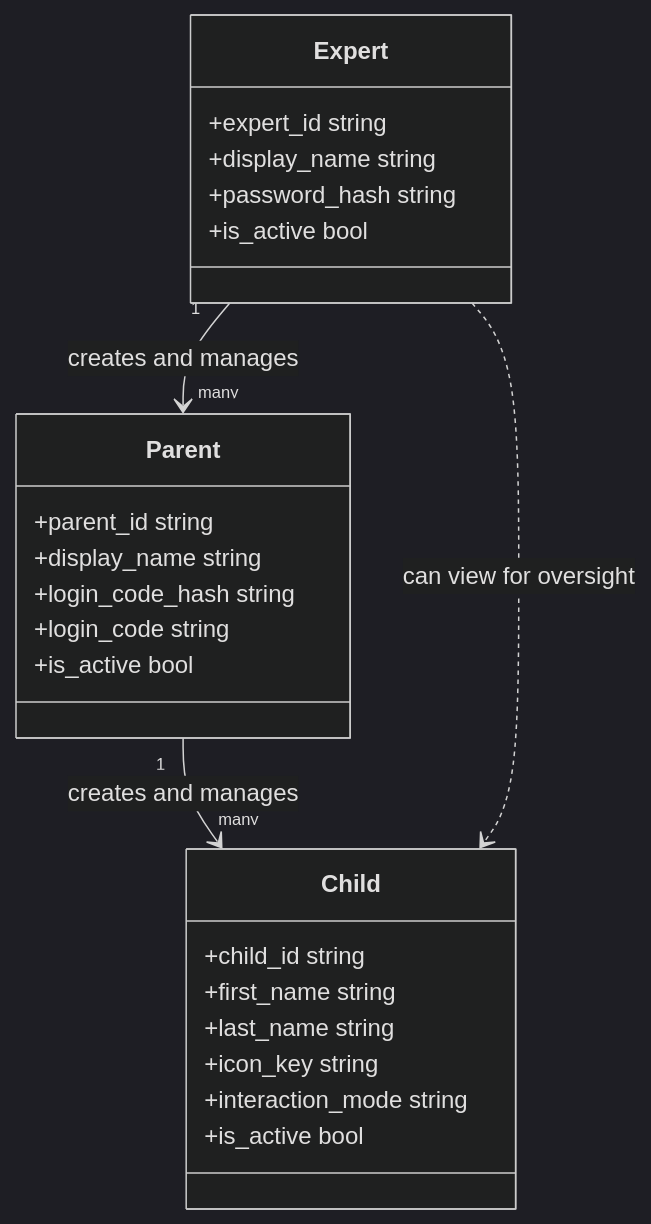
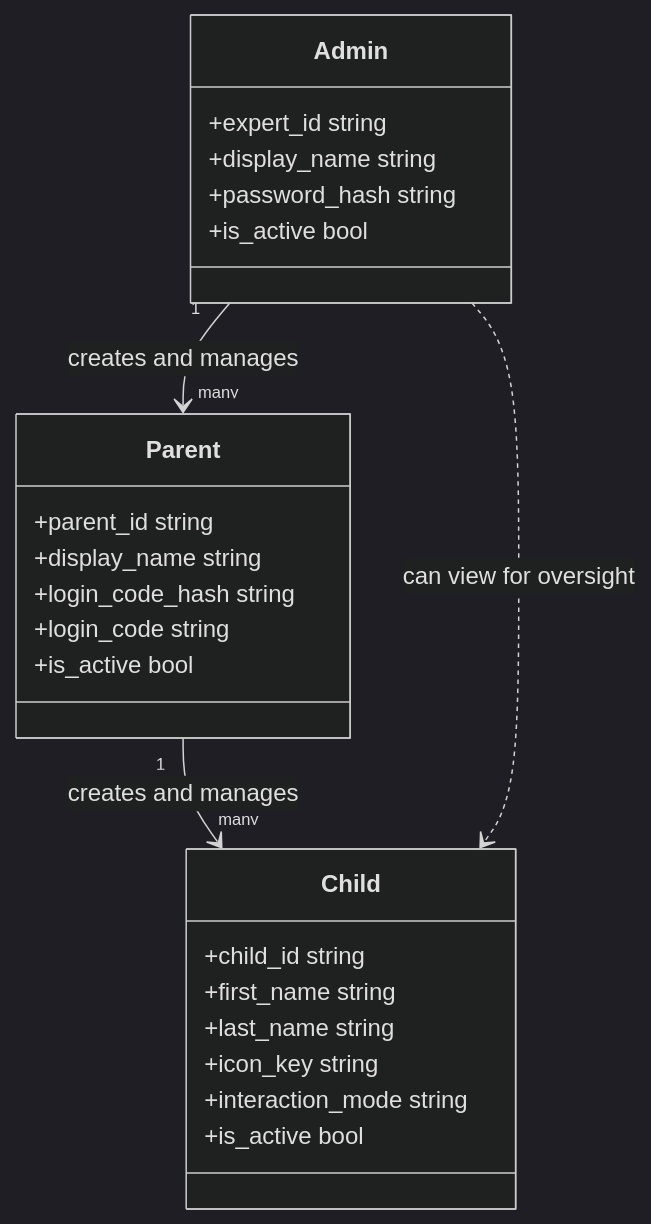
One commit to Capstone-Projects-2026-spring/project-piggyback-learning-piggyback-1 changed the first of 3 diagrams in documentation/docs/system-architecture/class-diagrams.md. Above: the diagram before and after it, drawn with Mermaid (dark theme). The commit also changed other lines of this file and 4 other files, not shown here.

````diff
--- a/documentation/docs/system-architecture/class-diagrams.md
+++ b/documentation/docs/system-architecture/class-diagrams.md
@@ -11,28 +11,28 @@
 ```mermaid
 classDiagram
-    class Expert {
+    class Admin {
         +expert_id string
         +display_name string
         +password_hash string
         +is_active bool
     }
     class Parent {
         +parent_id string
         +display_name string
         +login_code_hash string
         +login_code string
         +is_active bool
     }
     class Child {
         +child_id string
         +first_name string
         +last_name string
         +icon_key string
         +interaction_mode string
         +is_active bool
     }
 
-    Expert "1" --> "many" Parent : creates and manages
+    Admin "1" --> "many" Parent : creates and manages
     Parent "1" --> "many" Child : creates and manages
-    Expert ..> Child : can view for oversight
+    Admin ..> Child : can view for oversight
 ```
````
